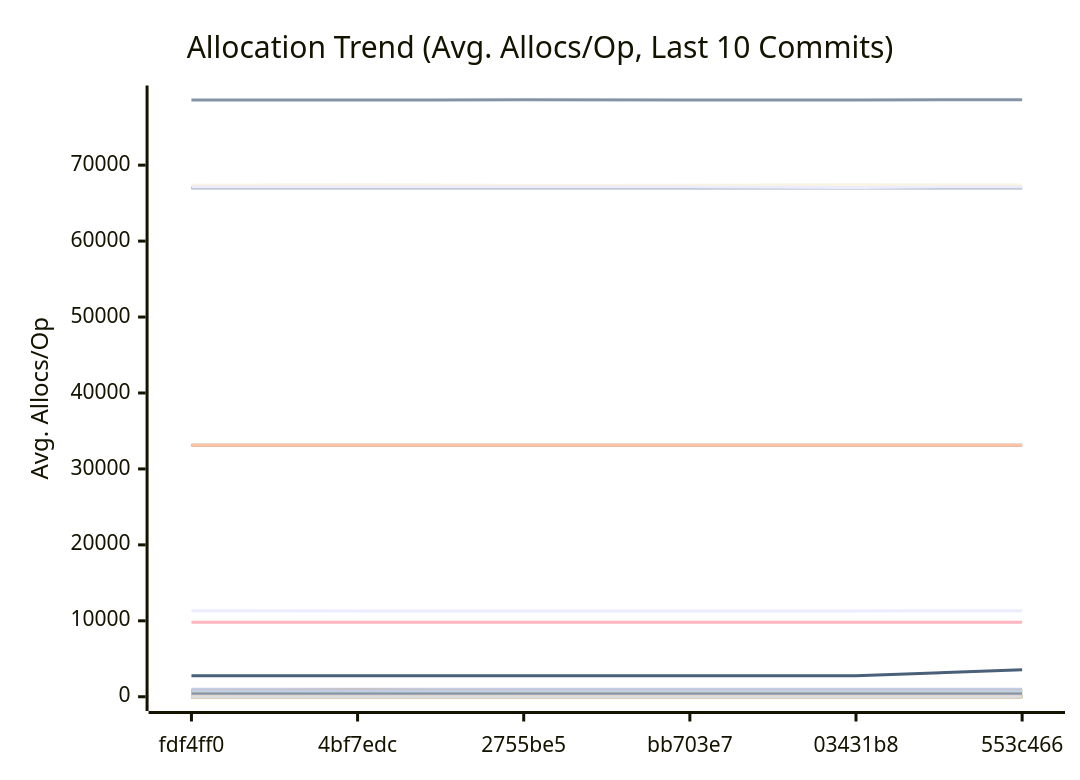
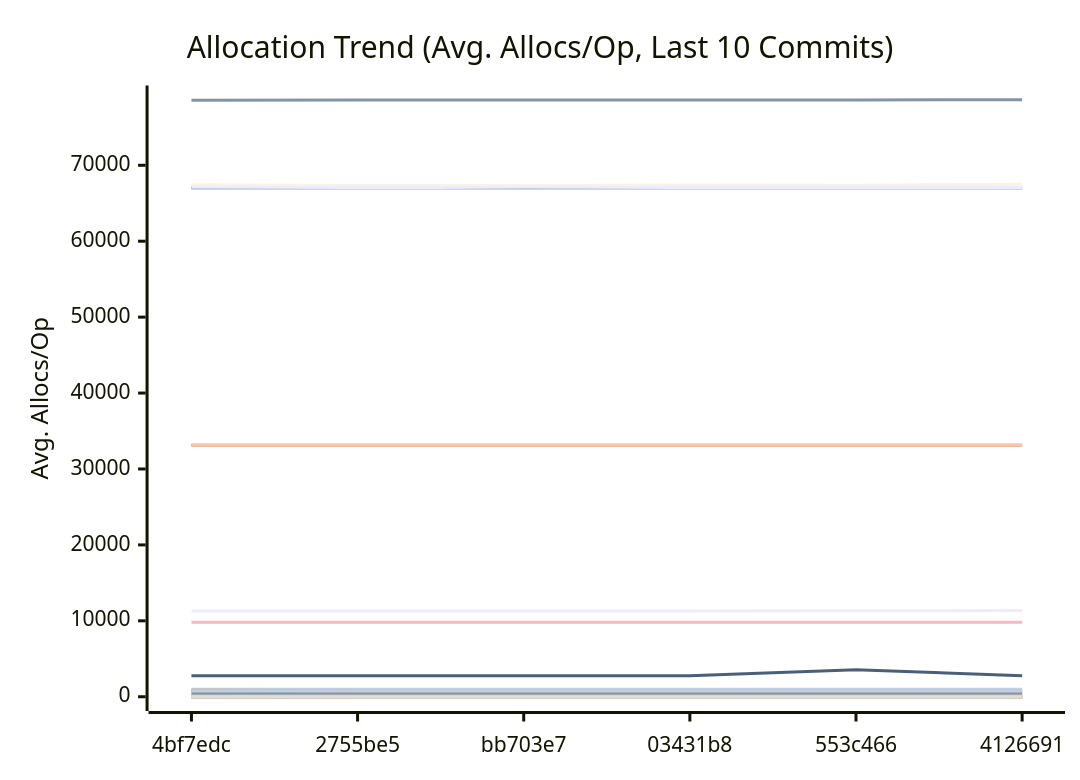
The third of 3 diagrams in docs/PERFORMANCE.md (alsotoes/momo), drawn with Mermaid before and after one commit. The commit also changed other lines of this file and 3 other files, not shown here.

````diff
--- a/docs/PERFORMANCE.md
+++ b/docs/PERFORMANCE.md
@@ -360,44 +360,44 @@
 ```mermaid
 xychart-beta
     title "Allocation Trend (Avg. Allocs/Op, Last 10 Commits)"
     x-axis "Commit"
     y-axis "Avg. Allocs/Op"
-    x-axis [fdf4ff0,4bf7edc,2755be5,bb703e7,03431b8,553c466]
-    line "AWSChunkedReaderSigned" [11314,11300,11307,11302,11307,11334,11352,11308,11331,11309]
-    line "AWSChunkedReaderUnsigned" [78587,78576,78613,78584,78583,78611,78631,78600,78609,78603]
+    x-axis [4bf7edc,2755be5,bb703e7,03431b8,553c466,4126691]
+    line "AWSChunkedReaderSigned" [11300,11307,11302,11307,11334,11352,11308,11331,11309,11357]
+    line "AWSChunkedReaderUnsigned" [78576,78613,78584,78583,78611,78631,78600,78609,78603,78751]
     line "CheckMetricsAndSwap" [0,0,0,0,0,0,0,0,0,0]
     line "CrushOptimized" [0,0,0,0,0,0,0,0,0,0]
     line "CrushOriginal" [3,3,3,3,3,3,3,3,3,3]
     line "FormatListObjectsV2XML_AppendFormat" [16,16,16,16,16,16,16,16,16,16]
     line "FormatListObjectsV2XML_OldFormat" [1000,1000,1000,1000,1000,1000,1000,1000,1000,1000]
     line "HashBytes/1MiB" [64,64,64,64,64,64,64,64,64,64]
     line "HashBytes/256MiB" [64,64,64,64,64,64,64,64,64,64]
     line "HashBytes/64MiB" [64,64,64,64,64,64,64,64,64,64]
     line "HashFile/1MiB" [33128,33128,33128,33128,33128,33128,33128,33128,33128,33128]
     line "HashFile/256MiB" [33128,33128,33128,33128,33128,33128,33128,33128,33128,33128]
     line "HashFile/64MiB" [33128,33128,33128,33128,33128,33128,33128,33128,33128,33128]
     line "IndexDirectTracking" [0,0,0,0,0,0,0,0,0,0]
     line "IndexSearch" [0,0,0,0,0,0,0,0,0,0]
     line "LastModifiedHeader_AppendFormat" [0,0,0,0,0,0,0,0,0,0]
     line "LastModifiedHeader_Format" [1,1,1,1,1,1,1,1,1,1]
     line "LoadGlobalConfig" [58,58,58,58,58,58,58,58,58,58]
-    line "LocalWrite/1MiB" [67033,67040,67026,67032,67028,67034,67036,67032,67028,67031]
-    line "LocalWrite/256MiB" [67356,67435,67322,67349,67419,67379,67488,67427,67403,67338]
-    line "LocalWrite/64MiB" [67089,67097,67084,67096,67074,67087,67088,67081,67097,67088]
+    line "LocalWrite/1MiB" [67040,67026,67032,67028,67034,67036,67032,67028,67031,67046]
+    line "LocalWrite/256MiB" [67435,67322,67349,67419,67379,67488,67427,67403,67338,67449]
+    line "LocalWrite/64MiB" [67097,67084,67096,67074,67087,67088,67081,67097,67088,67134]
     line "PadString" [1,1,1,1,1,1,1,1,1,1]
     line "ParseReplicationOrder_NoPrealloc" [6,6,6,6,6,5,5,5,5,5]
     line "ParseReplicationOrder_Prealloc" [2,2,2,2,2,1,1,1,1,1]
     line "Placement" [6,6,6,6,6,6,6,6,6,6]
     line "PlacementDomainSpread" [6,6,6,6,6,6,6,6,6,6]
-    line "ReadVerify/1MiB" [436,471,463,468,467,468,486,478,467,459]
-    line "ReadVerify/256MiB" [9808,9808,9808,9808,9808,9808,9808,9808,5120,9808]
-    line "ReadVerify/64MiB" [2776,2776,2776,2776,2776,3557,2776,2776,2776,2307]
-    line "S3PutSpool/1MiB" [447,447,447,447,447,447,447,447,448,447]
+    line "ReadVerify/1MiB" [471,463,468,467,468,486,478,467,459,484]
+    line "ReadVerify/256MiB" [9808,9808,9808,9808,9808,9808,9808,5120,9808,9808]
+    line "ReadVerify/64MiB" [2776,2776,2776,2776,3557,2776,2776,2776,2307,2776]
+    line "S3PutSpool/1MiB" [447,447,447,447,447,447,447,448,447,448]
     line "S3PutSpool/256MiB" [448,448,448,448,448,448,448,448,448,448]
     line "S3PutSpool/64MiB" [448,448,448,448,448,448,448,448,448,448]
     line "SanitizeLog/Safe" [0,0,0,0,0,0,0,0,0,0]
     line "SanitizeLog/Unsafe" [1,1,1,1,1,1,1,1,1,1]
-    line "TrustedRead/1MiB" [800,800,800,800,800,800,800,800,800,837]
-    line "TrustedRead/256MiB" [800,848,800,800,800,800,800,800,800,800]
+    line "TrustedRead/1MiB" [800,800,800,800,800,800,800,800,837,800]
+    line "TrustedRead/256MiB" [848,800,800,800,800,800,800,800,800,800]
     line "TrustedRead/64MiB" [800,800,800,800,800,800,800,800,800,800]
 ```
````
